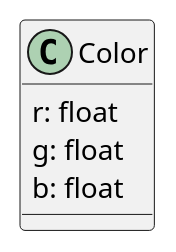
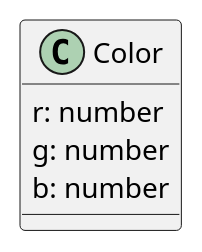
Before and after one commit to opengeospatial/cartographic-symbology: the third of 10 diagrams in 1-core/sections/clause_8_vector.adoc, drawn with PlantUML. The commit also changed other lines of this file and 16 other files, not shown here.

```diff
--- a/1-core/sections/clause_8_vector.adoc
+++ b/1-core/sections/clause_8_vector.adoc
@@ -96,8 +96,8 @@
 [plantuml, target=diagram-classes, format=png]
 ....
 @startuml
-Color : r: float
-Color : g: float
-Color : b: float
+Color : r: number
+Color : g: number
+Color : b: number
 @enduml
 ....
```
